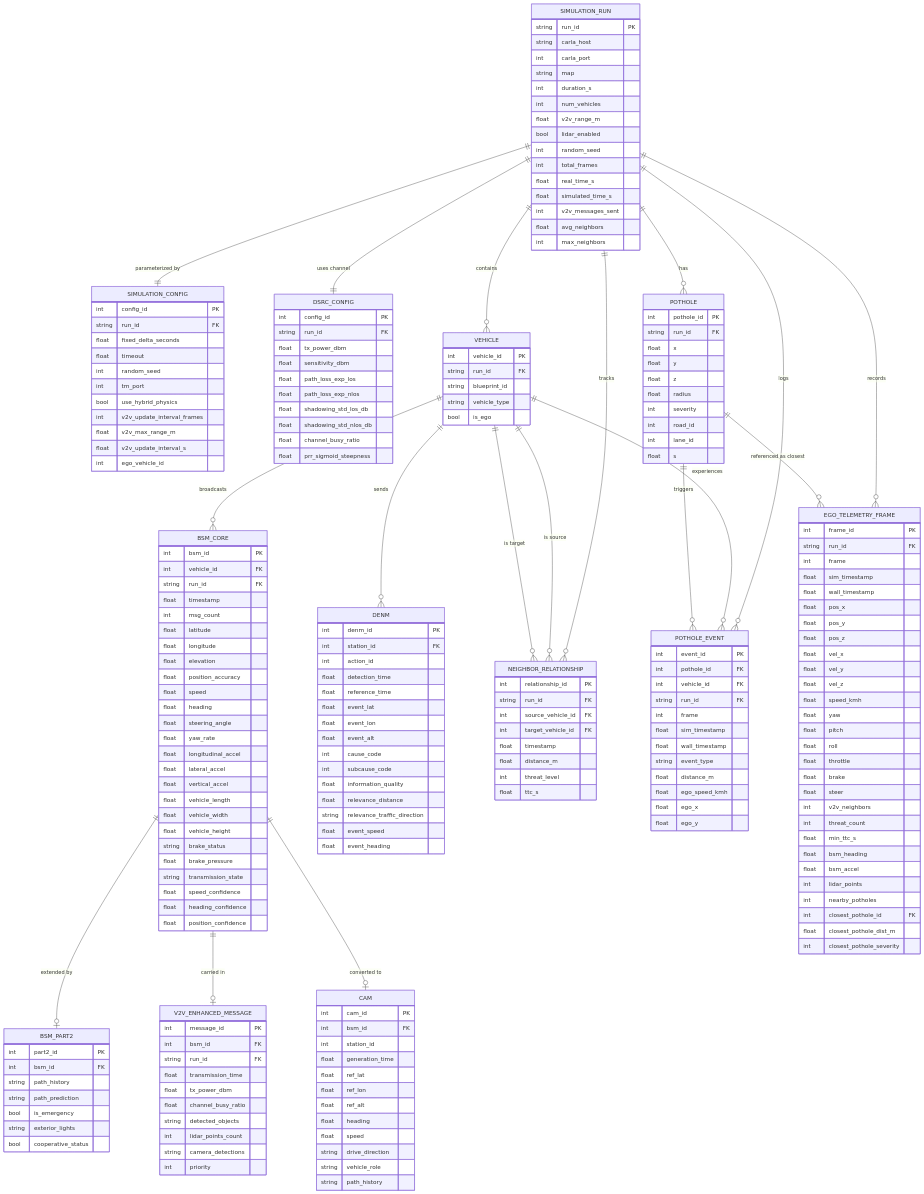
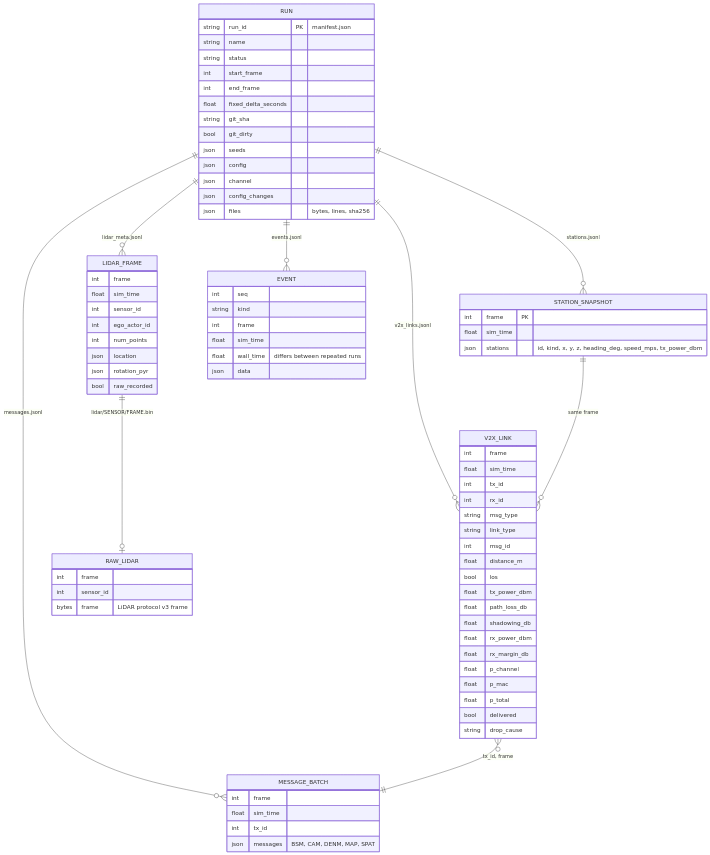
One commit to Cannabinator/carla changed the diagram in docs/er_diagram.mmd. Above: the diagram before and after it, drawn with Mermaid. The commit also changed 5 other files, not shown here.

First line of the commit message:
Phase 7: CHANGELOG entry, run data model document replaces the unimplemented ER schema

```diff
--- a/docs/er_diagram.mmd
+++ b/docs/er_diagram.mmd
@@ -1,229 +1,80 @@
 erDiagram
-    SIMULATION_RUN {
-        string run_id PK
-        string carla_host
-        int carla_port
-        string map
-        int duration_s
-        int num_vehicles
-        float v2v_range_m
-        bool lidar_enabled
-        int random_seed
-        int total_frames
-        float real_time_s
-        float simulated_time_s
-        int v2v_messages_sent
-        float avg_neighbors
-        int max_neighbors
+    RUN ||--o{ STATION_SNAPSHOT : "stations.jsonl"
+    RUN ||--o{ V2X_LINK : "v2x_links.jsonl"
+    RUN ||--o{ MESSAGE_BATCH : "messages.jsonl"
+    RUN ||--o{ LIDAR_FRAME : "lidar_meta.jsonl"
+    RUN ||--o{ EVENT : "events.jsonl"
+    LIDAR_FRAME ||--o| RAW_LIDAR : "lidar/SENSOR/FRAME.bin"
+    STATION_SNAPSHOT ||--o{ V2X_LINK : "same frame"
+    V2X_LINK }o--|| MESSAGE_BATCH : "tx_id, frame"
+
+    RUN {
+        string run_id PK "manifest.json"
+        string name
+        string status
+        int start_frame
+        int end_frame
+        float fixed_delta_seconds
+        string git_sha
+        bool git_dirty
+        json seeds
+        json config
+        json channel
+        json config_changes
+        json files "bytes, lines, sha256"
     }
-
-    SIMULATION_CONFIG {
-        int config_id PK
-        string run_id FK
-        float fixed_delta_seconds
-        float timeout
-        int random_seed
-        int tm_port
-        bool use_hybrid_physics
-        int v2v_update_interval_frames
-        float v2v_max_range_m
-        float v2v_update_interval_s
-        int ego_vehicle_id
+    STATION_SNAPSHOT {
+        int frame PK
+        float sim_time
+        json stations "id, kind, x, y, z, heading_deg, speed_mps, tx_power_dbm"
     }
-
-    DSRC_CONFIG {
-        int config_id PK
-        string run_id FK
+    V2X_LINK {
+        int frame
+        float sim_time
+        int tx_id
+        int rx_id
+        string msg_type
+        string link_type
+        int msg_id
+        float distance_m
+        bool los
         float tx_power_dbm
-        float sensitivity_dbm
-        float path_loss_exp_los
-        float path_loss_exp_nlos
-        float shadowing_std_los_db
-        float shadowing_std_nlos_db
-        float channel_busy_ratio
-        float prr_sigmoid_steepness
+        float path_loss_db
+        float shadowing_db
+        float rx_power_dbm
+        float rx_margin_db
+        float p_channel
+        float p_mac
+        float p_total
+        bool delivered
+        string drop_cause
     }
-
-    VEHICLE {
-        int vehicle_id PK
-        string run_id FK
-        string blueprint_id
-        string vehicle_type
-        bool is_ego
+    MESSAGE_BATCH {
+        int frame
+        float sim_time
+        int tx_id
+        json messages "BSM, CAM, DENM, MAP, SPAT"
     }
-
-    BSM_CORE {
-        int bsm_id PK
-        int vehicle_id FK
-        string run_id FK
-        float timestamp
-        int msg_count
-        float latitude
-        float longitude
-        float elevation
-        float position_accuracy
-        float speed
-        float heading
-        float steering_angle
-        float yaw_rate
-        float longitudinal_accel
-        float lateral_accel
-        float vertical_accel
-        float vehicle_length
-        float vehicle_width
-        float vehicle_height
-        string brake_status
-        float brake_pressure
-        string transmission_state
-        float speed_confidence
-        float heading_confidence
-        float position_confidence
+    LIDAR_FRAME {
+        int frame
+        float sim_time
+        int sensor_id
+        int ego_actor_id
+        int num_points
+        json location
+        json rotation_pyr
+        bool raw_recorded
     }
-
-    BSM_PART2 {
-        int part2_id PK
-        int bsm_id FK
-        string path_history
-        string path_prediction
-        bool is_emergency
-        string exterior_lights
-        bool cooperative_status
+    RAW_LIDAR {
+        int frame
+        int sensor_id
+        bytes frame "LiDAR protocol v3 frame"
     }
-
-    V2V_ENHANCED_MESSAGE {
-        int message_id PK
-        int bsm_id FK
-        string run_id FK
-        float transmission_time
-        float tx_power_dbm
-        float channel_busy_ratio
-        string detected_objects
-        int lidar_points_count
-        string camera_detections
-        int priority
+    EVENT {
+        int seq
+        string kind
+        int frame
+        float sim_time
+        float wall_time "differs between repeated runs"
+        json data
     }
-
-    CAM {
-        int cam_id PK
-        int bsm_id FK
-        int station_id
-        float generation_time
-        float ref_lat
-        float ref_lon
-        float ref_alt
-        float heading
-        float speed
-        string drive_direction
-        string vehicle_role
-        string path_history
-    }
-
-    DENM {
-        int denm_id PK
-        int station_id FK
-        int action_id
-        float detection_time
-        float reference_time
-        float event_lat
-        float event_lon
-        float event_alt
-        int cause_code
-        int subcause_code
-        float information_quality
-        float relevance_distance
-        string relevance_traffic_direction
-        float event_speed
-        float event_heading
-    }
-
-    NEIGHBOR_RELATIONSHIP {
-        int relationship_id PK
-        string run_id FK
-        int source_vehicle_id FK
-        int target_vehicle_id FK
-        float timestamp
-        float distance_m
-        int threat_level
-        float ttc_s
-    }
-
-    POTHOLE {
-        int pothole_id PK
-        string run_id FK
-        float x
-        float y
-        float z
-        float radius
-        int severity
-        int road_id
-        int lane_id
-        float s
-    }
-
-    POTHOLE_EVENT {
-        int event_id PK
-        int pothole_id FK
-        int vehicle_id FK
-        string run_id FK
-        int frame
-        float sim_timestamp
-        float wall_timestamp
-        string event_type
-        float distance_m
-        float ego_speed_kmh
-        float ego_x
-        float ego_y
-    }
-
-    EGO_TELEMETRY_FRAME {
-        int frame_id PK
-        string run_id FK
-        int frame
-        float sim_timestamp
-        float wall_timestamp
-        float pos_x
-        float pos_y
-        float pos_z
-        float vel_x
-        float vel_y
-        float vel_z
-        float speed_kmh
-        float yaw
-        float pitch
-        float roll
-        float throttle
-        float brake
-        float steer
-        int v2v_neighbors
-        int threat_count
-        float min_ttc_s
-        float bsm_heading
-        float bsm_accel
-        int lidar_points
-        int nearby_potholes
-        int closest_pothole_id FK
-        float closest_pothole_dist_m
-        int closest_pothole_severity
-    }
-
-    SIMULATION_RUN ||--|| SIMULATION_CONFIG : "parameterized by"
-    SIMULATION_RUN ||--|| DSRC_CONFIG : "uses channel"
-    SIMULATION_RUN ||--o{ VEHICLE : "contains"
-    SIMULATION_RUN ||--o{ POTHOLE : "has"
-    SIMULATION_RUN ||--o{ EGO_TELEMETRY_FRAME : "records"
-    SIMULATION_RUN ||--o{ POTHOLE_EVENT : "logs"
-    SIMULATION_RUN ||--o{ NEIGHBOR_RELATIONSHIP : "tracks"
-
-    VEHICLE ||--o{ BSM_CORE : "broadcasts"
-    VEHICLE ||--o{ DENM : "sends"
-    VEHICLE ||--o{ POTHOLE_EVENT : "experiences"
-
-    BSM_CORE ||--o| BSM_PART2 : "extended by"
-    BSM_CORE ||--o| V2V_ENHANCED_MESSAGE : "carried in"
-    BSM_CORE ||--o| CAM : "converted to"
-
-    VEHICLE ||--o{ NEIGHBOR_RELATIONSHIP : "is source"
-    VEHICLE ||--o{ NEIGHBOR_RELATIONSHIP : "is target"
-
-    POTHOLE ||--o{ POTHOLE_EVENT : "triggers"
-    POTHOLE ||--o{ EGO_TELEMETRY_FRAME : "referenced as closest"
```
